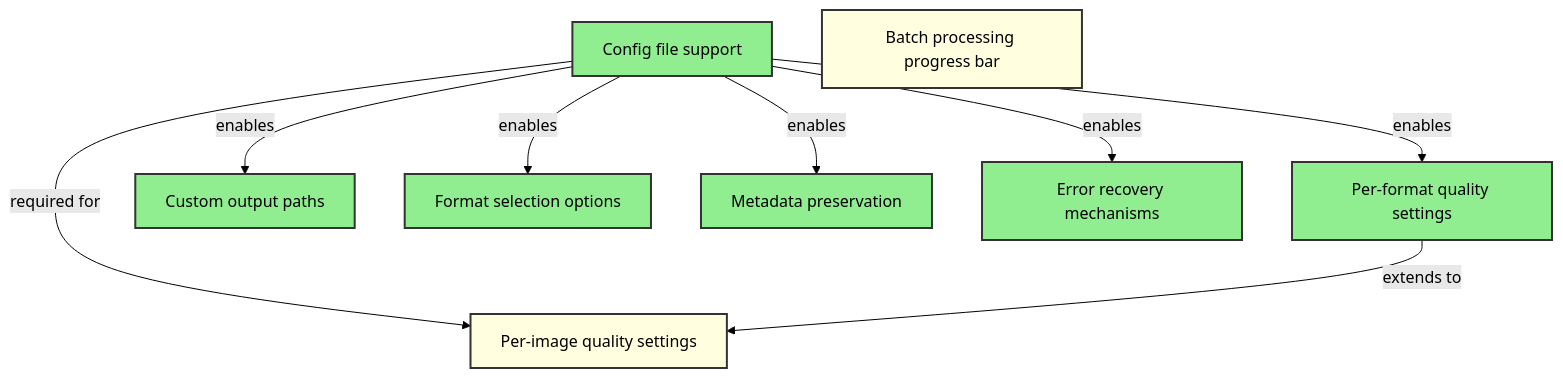
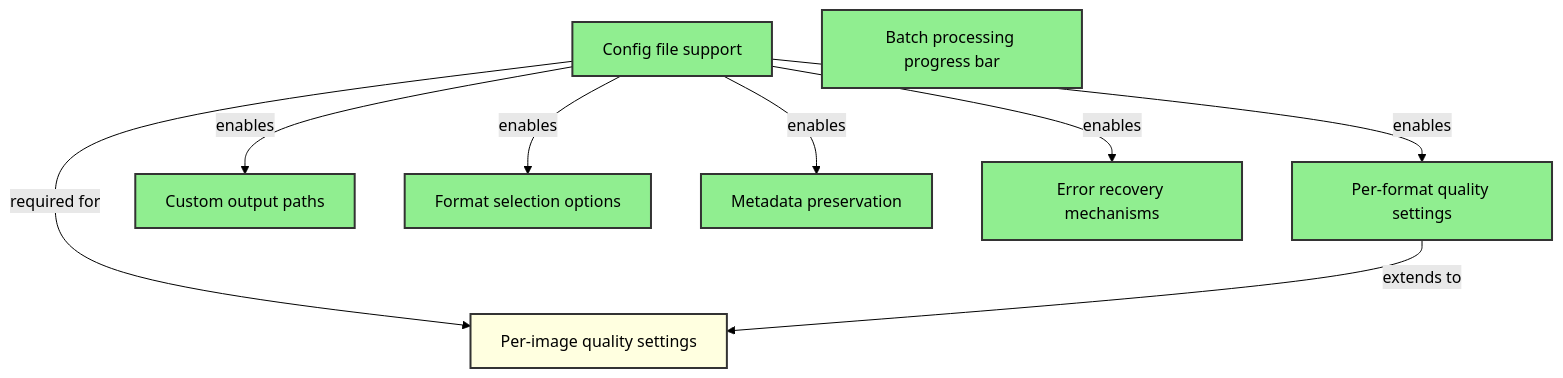
One commit to flyingrobots/image-dump changed the diagram in docs/milestones/phase-3.md. Above: the diagram before and after it, drawn with Mermaid (forest theme). The commit also changed other lines of this file and 8 other files, not shown here.

````diff
--- a/docs/milestones/phase-3.md
+++ b/docs/milestones/phase-3.md
@@ -24,22 +24,23 @@
 ```mermaid
 graph TD
     %% Completed tasks (green)
     A[Config file support] -->|enables| B[Per-format quality settings]
     A -->|enables| C[Custom output paths]
     A -->|enables| D[Format selection options]
     A -->|enables| E[Metadata preservation]
     A -->|enables| H[Error recovery mechanisms]
     
-    %% Remaining tasks (yellow)
+    %% Remaining task (yellow)
     A -->|required for| F[Per-image quality settings]
     B -->|extends to| F
     
+    %% Completed standalone task
     G[Batch processing progress bar]
     
     %% Styling
     classDef completed fill:#90EE90,stroke:#333,stroke-width:2px
     classDef remaining fill:#FFFFE0,stroke:#333,stroke-width:2px
     
-    class A,B,C,D,E,H completed
-    class F,G remaining
+    class A,B,C,D,E,G,H completed
+    class F remaining
 ```
````
